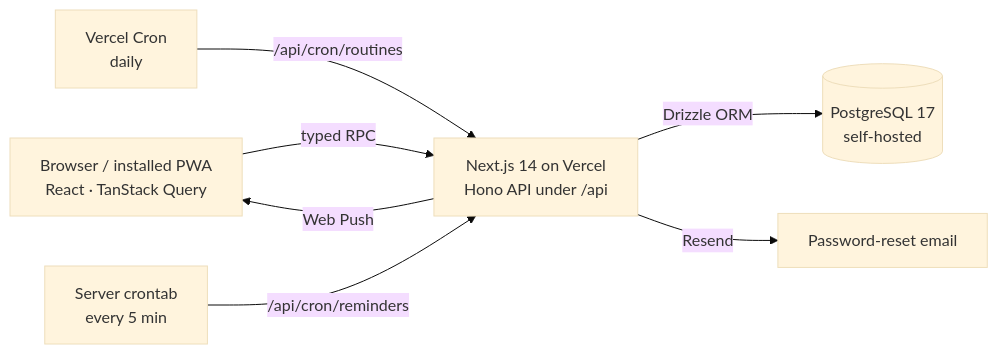
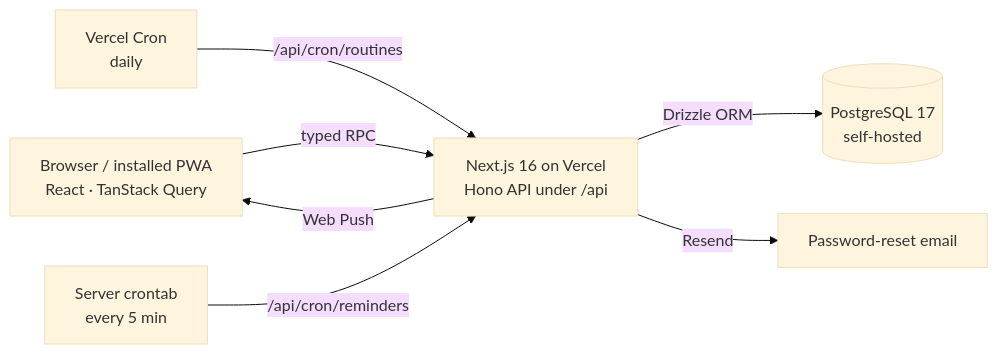
The diagram in README.md (MASH2RAFI/ScrumSpecter), drawn with Mermaid (base theme) before and after one commit. The commit also changed other lines of this file and 188 other files, not shown here.

````diff
--- a/README.md
+++ b/README.md
@@ -217,9 +221,9 @@
 ```mermaid
 flowchart LR
-    U["Browser / installed PWA<br/>React · TanStack Query"] -->|typed RPC| A["Next.js 14 on Vercel<br/>Hono API under /api"]
+    U["Browser / installed PWA<br/>React · TanStack Query"] -->|typed RPC| A["Next.js 16 on Vercel<br/>Hono API under /api"]
     A -->|Drizzle ORM| D[("PostgreSQL 17<br/>self-hosted")]
     C1["Vercel Cron<br/>daily"] -->|/api/cron/routines| A
     C2["Server crontab<br/>every 5 min"] -->|/api/cron/reminders| A
     A -->|Web Push| U
     A -->|Resend| E["Password-reset email"]
 ```
````
